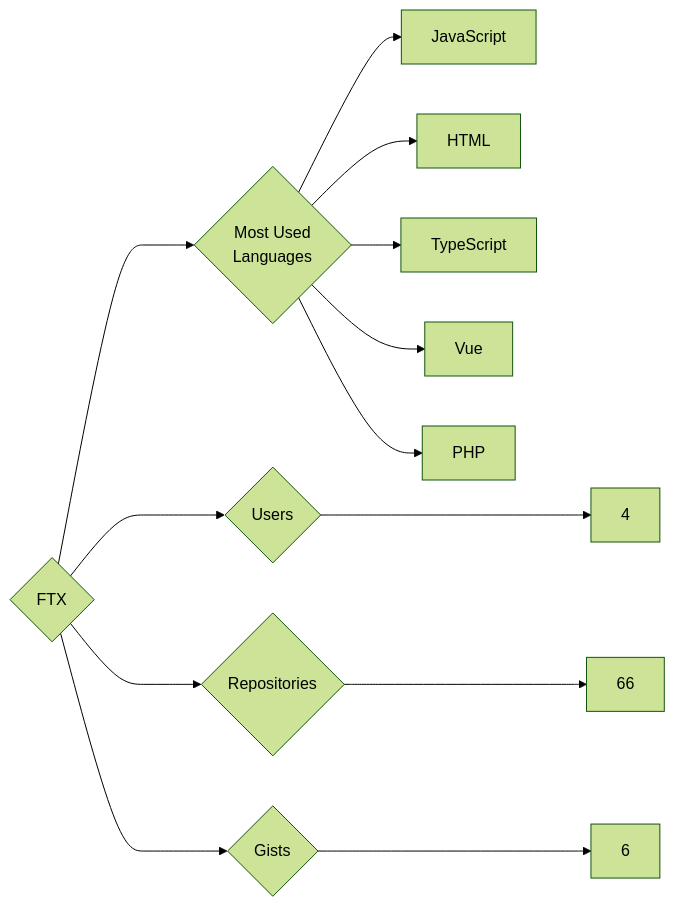
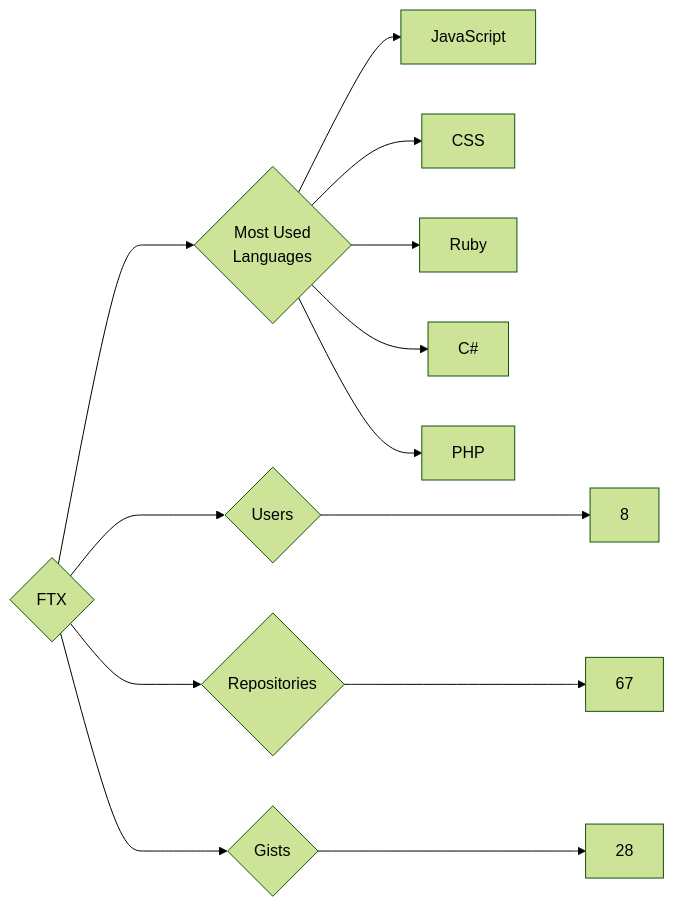
One commit to trickest/insiders changed the diagram in targets/FTX/README.md. Above: the diagram before and after it, drawn with Mermaid (forest theme). The commit also changed 1166 other files, not shown here.

````diff
--- a/targets/FTX/README.md
+++ b/targets/FTX/README.md
@@ -3,13 +3,13 @@
 ```mermaid
 graph LR
 COMPANY_NAME{FTX}
-COMPANY_NAME ---> U{Users} ---> UN[4]
-COMPANY_NAME ---> R{Repositories} ---> RN[66]
-COMPANY_NAME ---> G{Gists} ---> GN[6]
+COMPANY_NAME ---> U{Users} ---> UN[8]
+COMPANY_NAME ---> R{Repositories} ---> RN[67]
+COMPANY_NAME ---> G{Gists} ---> GN[28]
 COMPANY_NAME ---> ML{Most Used<br>Languages}
 ML --> JavaScript[JavaScript]
-ML --> HTML[HTML]
-ML --> TypeScript[TypeScript]
-ML --> Vue[Vue]
+ML --> CSS[CSS]
+ML --> Ruby[Ruby]
+ML --> C#[C#]
 ML --> PHP[PHP]
 ```
````
